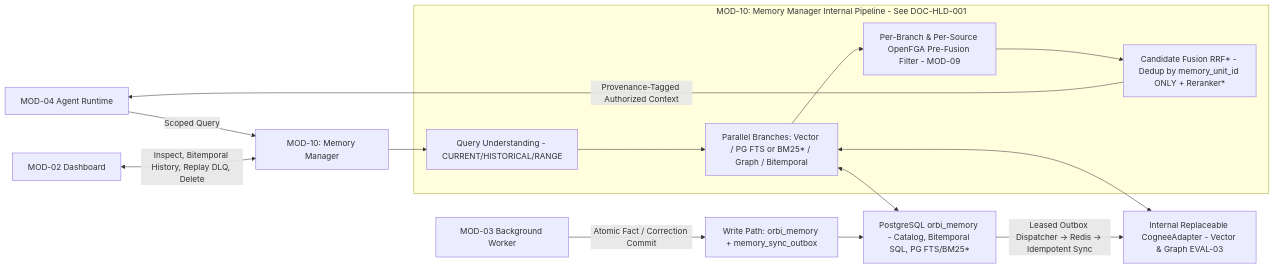
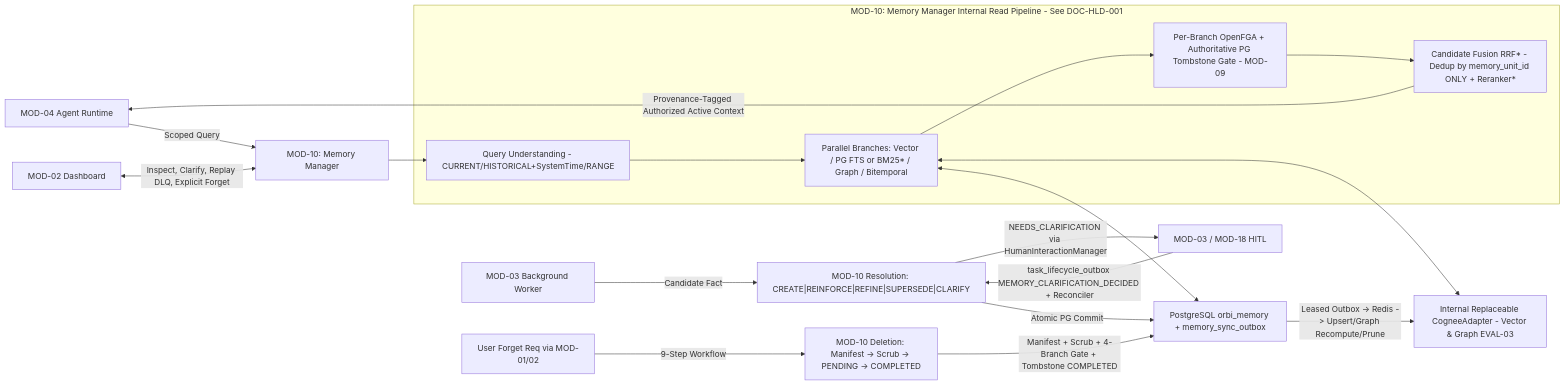
One commit to Abhishek-Kanti/Orbi changed diagram 11 of 26 in docs/02-hld/system-architecture.md. Above: the diagram before and after it, drawn with Mermaid. The commit also changed other lines of this file and 11 other files, not shown here.

````diff
--- a/docs/02-hld/system-architecture.md
+++ b/docs/02-hld/system-architecture.md
@@ -643,19 +1044,23 @@
 ```mermaid
 flowchart LR
     M04["MOD-04 Agent Runtime"] -->|"Scoped Query"| M10["MOD-10: Memory Manager"]
-    M03["MOD-03 Background Worker"] -->|"Atomic Fact / Correction Commit"| WRITE["Write Path: orbi_memory + memory_sync_outbox"]
+    M03_BG["MOD-03 Background Worker"] -->|"Candidate Fact"| RES["MOD-10 Resolution: CREATE|REINFORCE|REFINE|SUPERSEDE|CLARIFY"]
+    RES -->|"NEEDS_CLARIFICATION via HumanInteractionManager"| M03_HITL["MOD-03 / MOD-18 HITL"]
+    M03_HITL -->|"task_lifecycle_outbox MEMORY_CLARIFICATION_DECIDED + Reconciler"| RES
+    U_DEL["User Forget Req via MOD-01/02"] -->|"9-Step Workflow"| DEL["MOD-10 Deletion: Manifest -> Scrub -> PENDING -> COMPLETED"]
 
-    subgraph HLD1["MOD-10: Memory Manager Internal Pipeline - See DOC-HLD-001"]
-        QU["Query Understanding - CURRENT/HISTORICAL/RANGE"] --> BR["Parallel Branches: Vector / PG FTS or BM25* / Graph / Bitemporal"]
-        BR --> FGA["Per-Branch & Per-Source OpenFGA Pre-Fusion Filter - MOD-09"]
+    subgraph HLD1["MOD-10: Memory Manager Internal Read Pipeline - See DOC-HLD-001"]
+        QU["Query Understanding - CURRENT/HISTORICAL+SystemTime/RANGE"] --> BR["Parallel Branches: Vector / PG FTS or BM25* / Graph / Bitemporal"]
+        BR --> FGA["Per-Branch OpenFGA + Authoritative PG Tombstone Gate - MOD-09"]
         FGA --> FUS["Candidate Fusion RRF* - Dedup by memory_unit_id ONLY + Reranker*"]
     end
 
     M10 --> QU
-    BR <--> PG_MEM["PostgreSQL orbi_memory - Catalog, Bitemporal SQL, PG FTS/BM25*"]
+    RES -->|"Atomic PG Commit"| PG_MEM["PostgreSQL orbi_memory + memory_sync_outbox"]
+    DEL -->|"Manifest + Scrub + 4-Branch Gate + Tombstone COMPLETED"| PG_MEM
+    BR <--> PG_MEM
     BR <--> COG["Internal Replaceable CogneeAdapter - Vector & Graph EVAL-03"]
-    WRITE --> PG_MEM
-    PG_MEM -->|"Leased Outbox Dispatcher -> Redis -> Idempotent Sync"| COG
-    FUS -->|"Provenance-Tagged Authorized Context"| M04
-    M02["MOD-02 Dashboard"] <-->|"Inspect, Bitemporal History, Replay DLQ, Delete"| M10
+    PG_MEM -->|"Leased Outbox -> Redis -> Upsert/Graph Recompute/Prune"| COG
+    FUS -->|"Provenance-Tagged Authorized Active Context"| M04
+    M02["MOD-02 Dashboard"] <-->|"Inspect, Clarify, Replay DLQ, Explicit Forget"| M10
 ```
````
